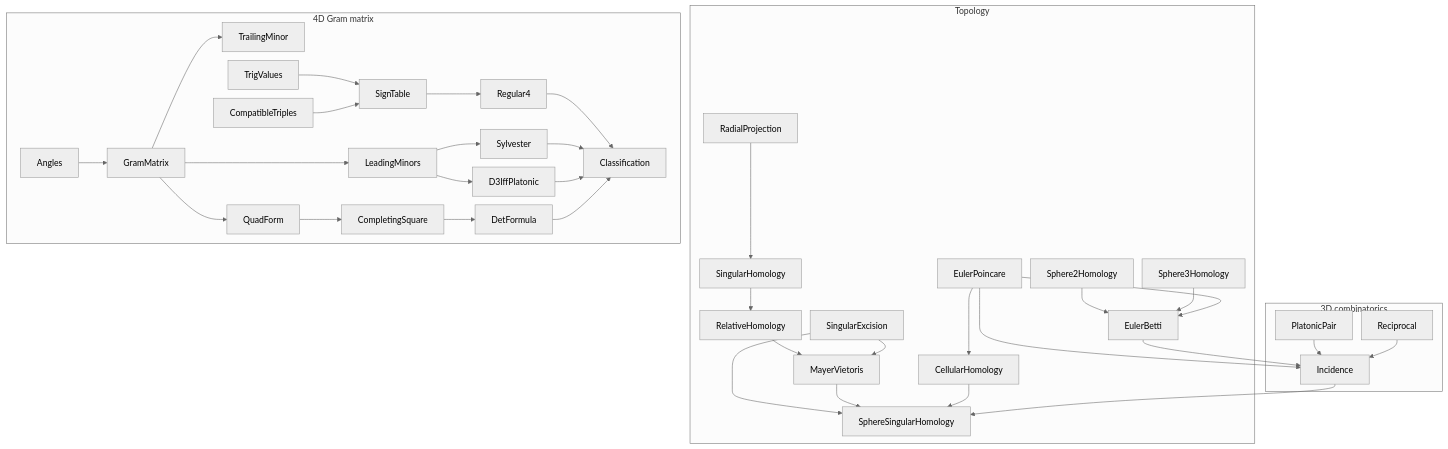
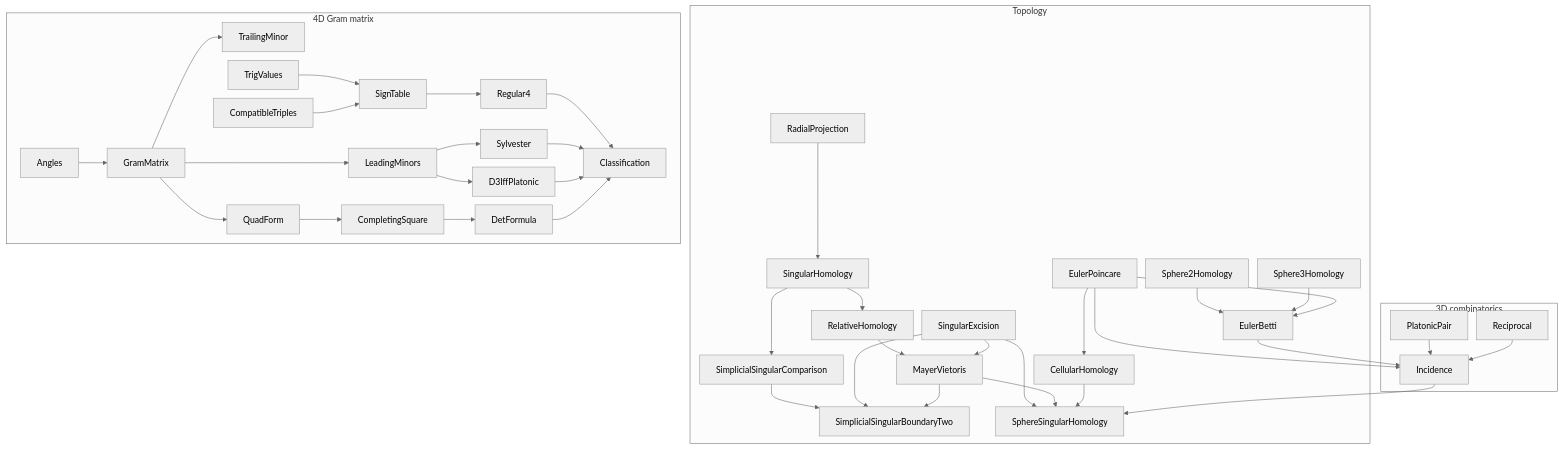
The diagram in figures/lean-modules.mmd (catskillsresearch/platonic-solids), drawn with Mermaid before and after one commit. The commit also changed 12 other files, not shown here.

```diff
--- a/figures/lean-modules.mmd
+++ b/figures/lean-modules.mmd
@@ -1,67 +1,73 @@
 %%{init: {"theme": "neutral", "flowchart": {"htmlLabels": false, "nodeSpacing": 16, "rankSpacing": 28}}}%%
 flowchart TB
   subgraph Top["Topology"]
     Rad["RadialProjection"]
     SH["SingularHomology"]
     Rel["RelativeHomology"]
     MV["MayerVietoris"]
     SE["SingularExcision"]
+    SSC["SimplicialSingularComparison"]
+    SSB["SimplicialSingularBoundaryTwo"]
     SSH["SphereSingularHomology"]
     CH["CellularHomology"]
     S2["Sphere2Homology"]
     S3["Sphere3Homology"]
     EB["EulerBetti"]
     EP["EulerPoincare"]
     Rad --> SH
     SH --> Rel
     Rel --> MV
     SE --> MV
     SE --> SSH
     MV --> SSH
+    SH --> SSC
+    SSC --> SSB
+    SE --> SSB
+    MV --> SSB
     EP --> CH
     CH --> SSH
     S2 --> EB
     S3 --> EB
     EP --> EB
   end
   subgraph Comb["3D combinatorics"]
     PP["PlatonicPair"]
     Rec["Reciprocal"]
     Inc["Incidence"]
     PP --> Inc
     Rec --> Inc
     EP --> Inc
     EB --> Inc
     Inc --> SSH
   end
   subgraph Gram4["4D Gram matrix"]
     Ang["Angles"]
     GM["GramMatrix"]
     LM["LeadingMinors"]
     TM["TrailingMinor"]
     D3["D3IffPlatonic"]
     QF["QuadForm"]
     CS["CompletingSquare"]
     DF["DetFormula"]
     Syl["Sylvester"]
     TV["TrigValues"]
     CT["CompatibleTriples"]
     ST["SignTable"]
     R4["Regular4"]
     Cl["Classification"]
     Ang --> GM
     GM --> LM
     GM --> TM
     LM --> D3
     GM --> QF
     QF --> CS
     CS --> DF
     LM --> Syl
     TV --> ST
     CT --> ST
     ST --> R4
     R4 --> Cl
     Syl --> Cl
     D3 --> Cl
     DF --> Cl
   end
```
